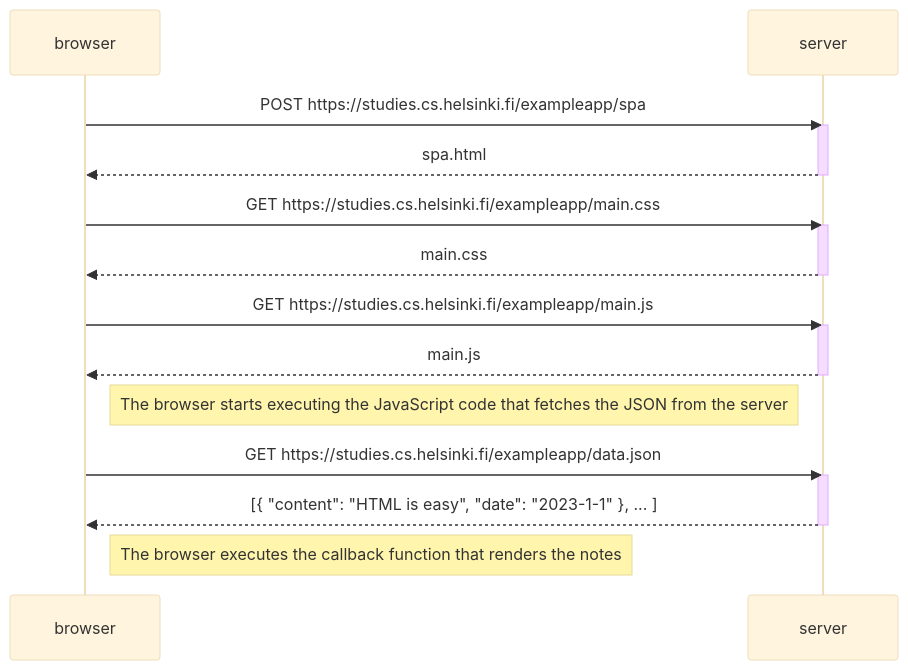
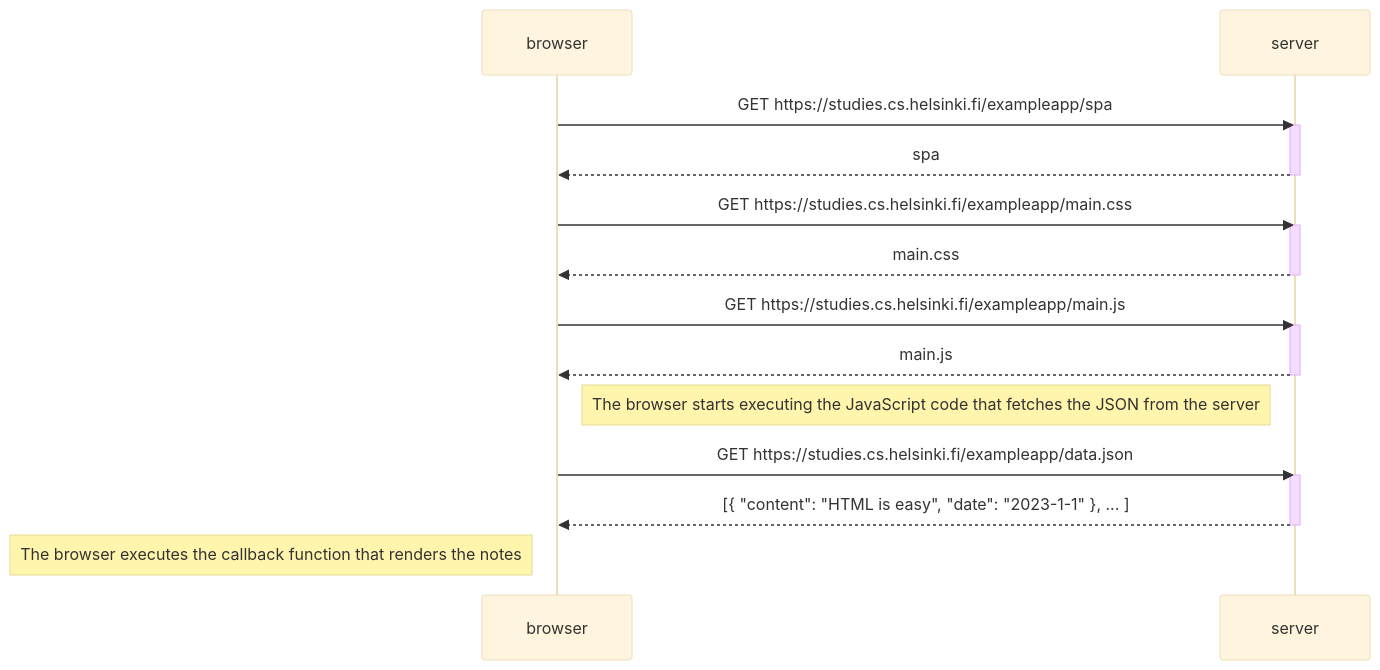
The diagram in osa0/5 single page app.md (vqhqu/fullstackopen), drawn with Mermaid (base theme) before and after one commit.

````diff
--- a/osa0/5 single page app.md
+++ b/osa0/5 single page app.md
@@ -2,25 +2,24 @@
 ```mermaid
 sequenceDiagram
     participant browser
     participant server
 
-    browser->>server: POST https://studies.cs.helsinki.fi/exampleapp/spa
+    browser->>server: GET https://studies.cs.helsinki.fi/exampleapp/spa
     activate server
-    server-->>browser: spa.html
+    server-->>browser: spa
     deactivate server
-
     browser->>server: GET https://studies.cs.helsinki.fi/exampleapp/main.css
     activate server
     server-->>browser: main.css
     deactivate server
     browser->>server: GET https://studies.cs.helsinki.fi/exampleapp/main.js
     activate server
     server-->>browser: main.js
     deactivate server
     Note right of browser: The browser starts executing the JavaScript code that fetches the JSON from the server
     browser->>server: GET https://studies.cs.helsinki.fi/exampleapp/data.json
     activate server
     server-->>browser: [{ "content": "HTML is easy", "date": "2023-1-1" }, ... ]
     deactivate server    
-    Note right of browser: The browser executes the callback function that renders the notes 
+    Note left of browser: The browser executes the callback function that renders the notes 
 ```
````
